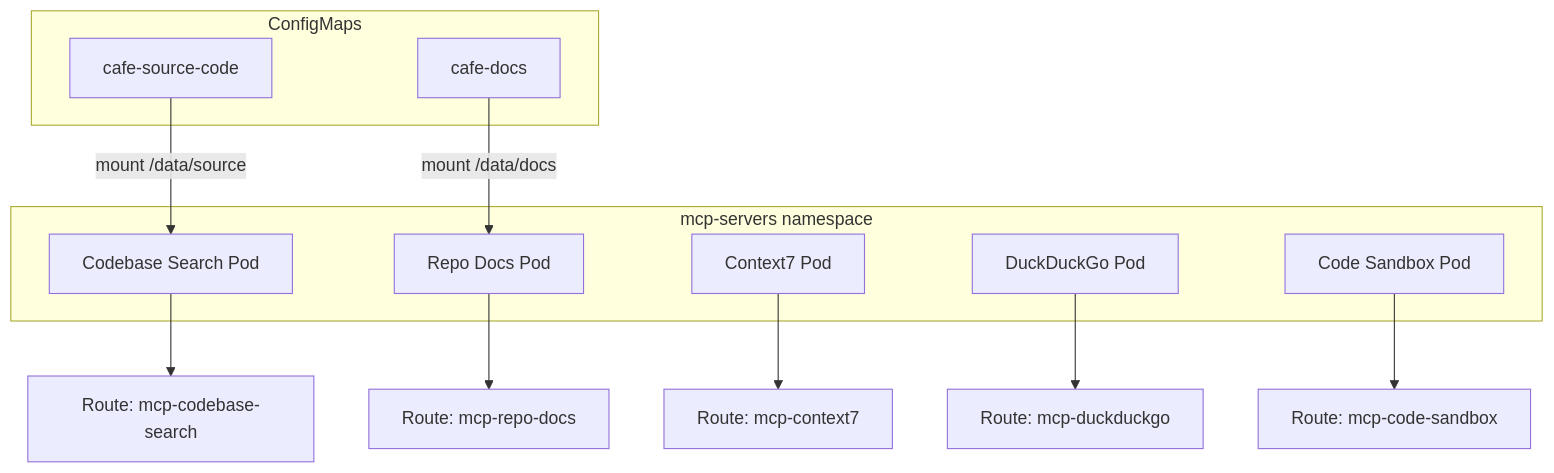
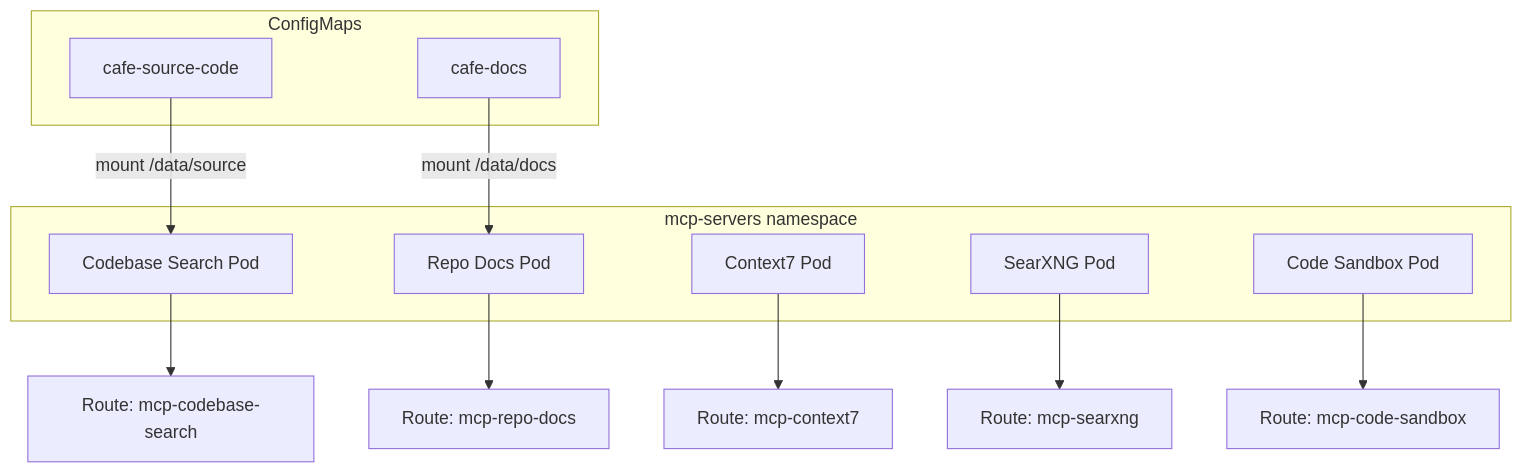
Before and after one commit to hyogrin/rhoai-coding-assistant-lab: the second of 2 diagrams in 1_mcp_servers/1_mcp_overview.md, drawn with Mermaid. The commit also changed other lines of this file and 13 other files, not shown here.

````diff
--- a/1_mcp_servers/1_mcp_overview.md
+++ b/1_mcp_servers/1_mcp_overview.md
@@ -85,24 +85,24 @@
 ```mermaid
 flowchart TD
     subgraph ns [mcp-servers namespace]
         CTX[Context7 Pod]
-        DDG[DuckDuckGo Pod]
+        SXG[SearXNG Pod]
         CS[Code Sandbox Pod]
         CBS[Codebase Search Pod]
         RD[Repo Docs Pod]
     end
 
     subgraph data [ConfigMaps]
         SRC[cafe-source-code]
         DOCS[cafe-docs]
     end
 
     SRC -->|mount /data/source| CBS
     DOCS -->|mount /data/docs| RD
 
     CTX --> R1[Route: mcp-context7]
-    DDG --> R2[Route: mcp-duckduckgo]
+    SXG --> R2[Route: mcp-searxng]
     CS --> R3[Route: mcp-code-sandbox]
     CBS --> R4[Route: mcp-codebase-search]
     RD --> R5[Route: mcp-repo-docs]
 ```
````
